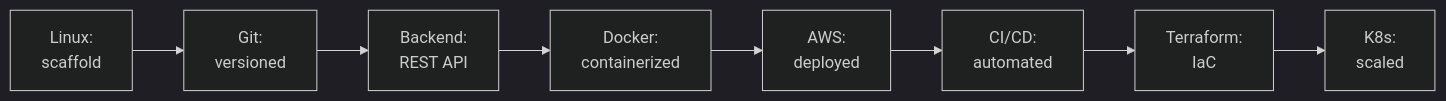
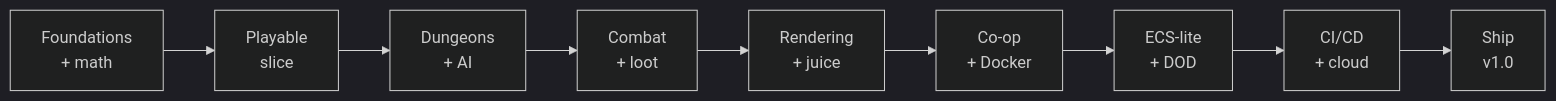
The second of 2 diagrams in RULES.md (raghavpatpatia/cloud-engineer-bootcamp), drawn with Mermaid (dark theme) before and after one commit. The commit also changed other lines of this file and 218 other files, not shown here.

````diff
--- a/RULES.md
+++ b/RULES.md
@@ -84,10 +95,11 @@
 ```mermaid
 flowchart LR
-    A["Linux:<br/>scaffold"] --> B["Git:<br/>versioned"]
-    B --> C["Backend:<br/>REST API"]
-    C --> D["Docker:<br/>containerized"]
-    D --> E["AWS:<br/>deployed"]
-    E --> F["CI/CD:<br/>automated"]
-    F --> G["Terraform:<br/>IaC"]
-    G --> H["K8s:<br/>scaled"]
+    A["Foundations<br/>+ math"] --> B["Playable<br/>slice"]
+    B --> C["Dungeons<br/>+ AI"]
+    C --> D["Combat<br/>+ loot"]
+    D --> E["Rendering<br/>+ juice"]
+    E --> F["Co-op<br/>+ Docker"]
+    F --> G["ECS-lite<br/>+ DOD"]
+    G --> H["CI/CD<br/>+ cloud"]
+    H --> I["Ship<br/>v1.0"]
 ```
````
